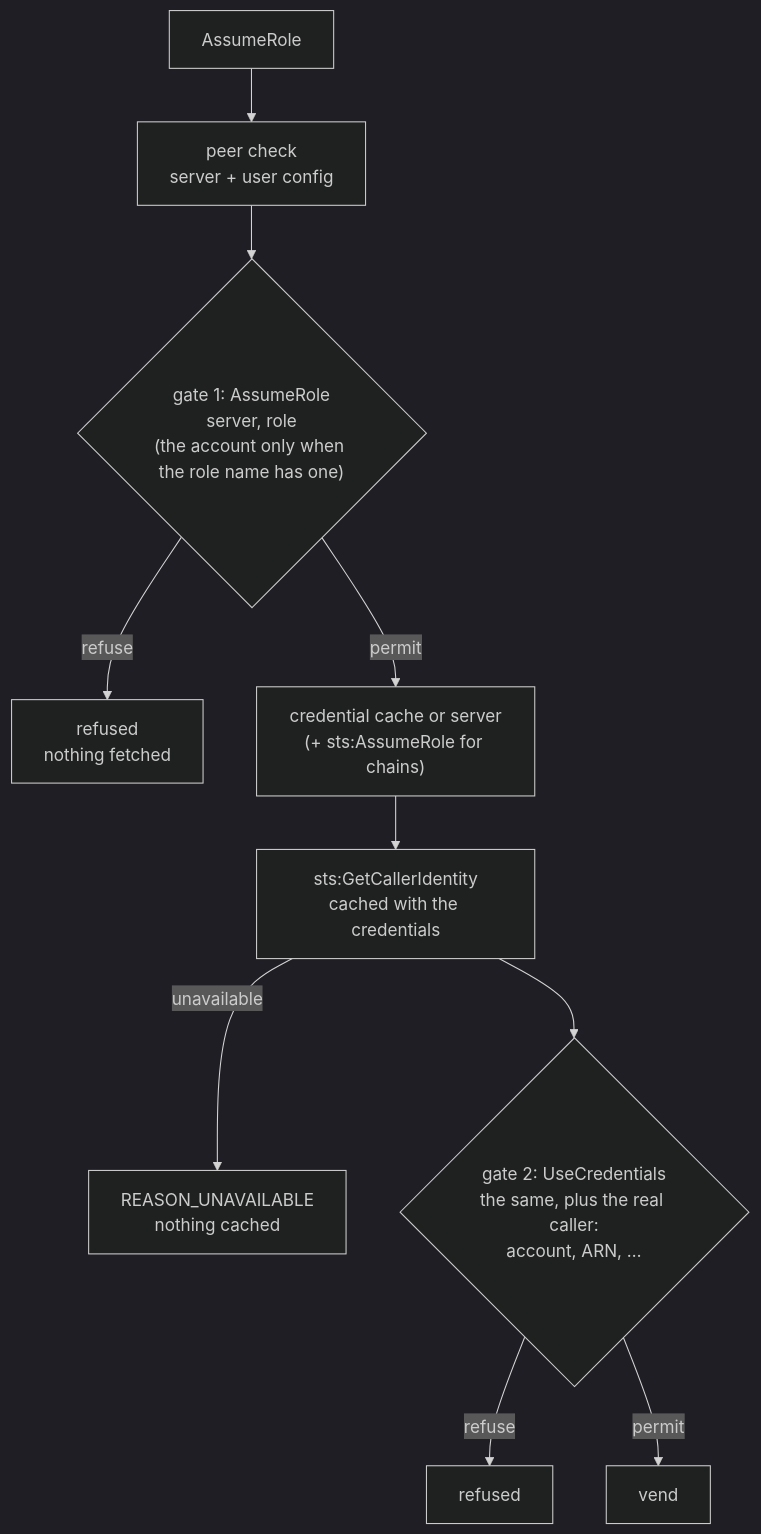
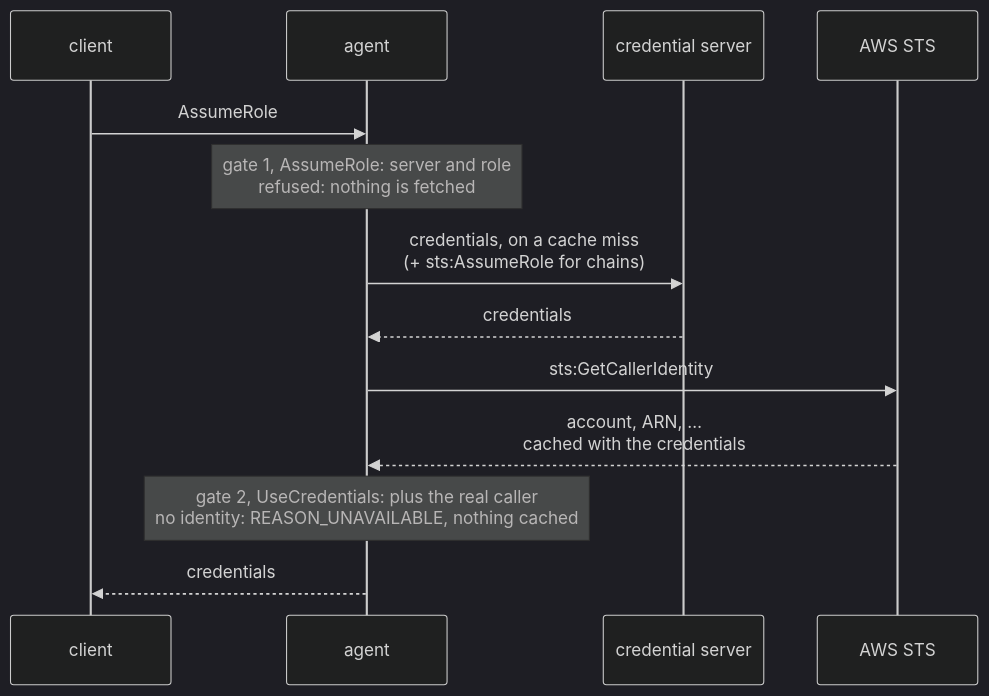
The diagram in docs/specs/009-caller-identity.md (sorah/mairu), drawn with Mermaid (dark theme) before and after one commit. The commit also changed 17 other files, not shown here.

First line of the commit message:
docs/specs: rework diagrams and helper locations

````diff
--- a/docs/specs/009-caller-identity.md
+++ b/docs/specs/009-caller-identity.md
@@ -25,12 +25,15 @@
 ```mermaid
-flowchart TB
-  R["AssumeRole"] --> P["peer check<br/>server + user config"]
-  P --> G1{"gate 1: AssumeRole<br/>server, role<br/>(the account only when the role name has one)"}
-  G1 -- "refuse" --> X1["refused<br/>nothing fetched"]
-  G1 -- "permit" --> F["credential cache or server<br/>(+ sts:AssumeRole for chains)"]
-  F --> I["sts:GetCallerIdentity<br/>cached with the credentials"]
-  I -- "unavailable" --> XU["REASON_UNAVAILABLE<br/>nothing cached"]
-  I --> G2{"gate 2: UseCredentials<br/>the same, plus the real caller:<br/>account, ARN, …"}
-  G2 -- "refuse" --> X2["refused"]
-  G2 -- "permit" --> V["vend"]
+sequenceDiagram
+  participant C as client
+  participant A as agent
+  participant S as credential server
+  participant T as AWS STS
+  C->>A: AssumeRole
+  Note over A: gate 1, AssumeRole: server and role<br/>refused: nothing is fetched
+  A->>S: credentials, on a cache miss<br/>(+ sts:AssumeRole for chains)
+  S-->>A: credentials
+  A->>T: sts:GetCallerIdentity
+  T-->>A: account, ARN, …<br/>cached with the credentials
+  Note over A: gate 2, UseCredentials: plus the real caller<br/>no identity: REASON_UNAVAILABLE, nothing cached
+  A-->>C: credentials
 ```
````
